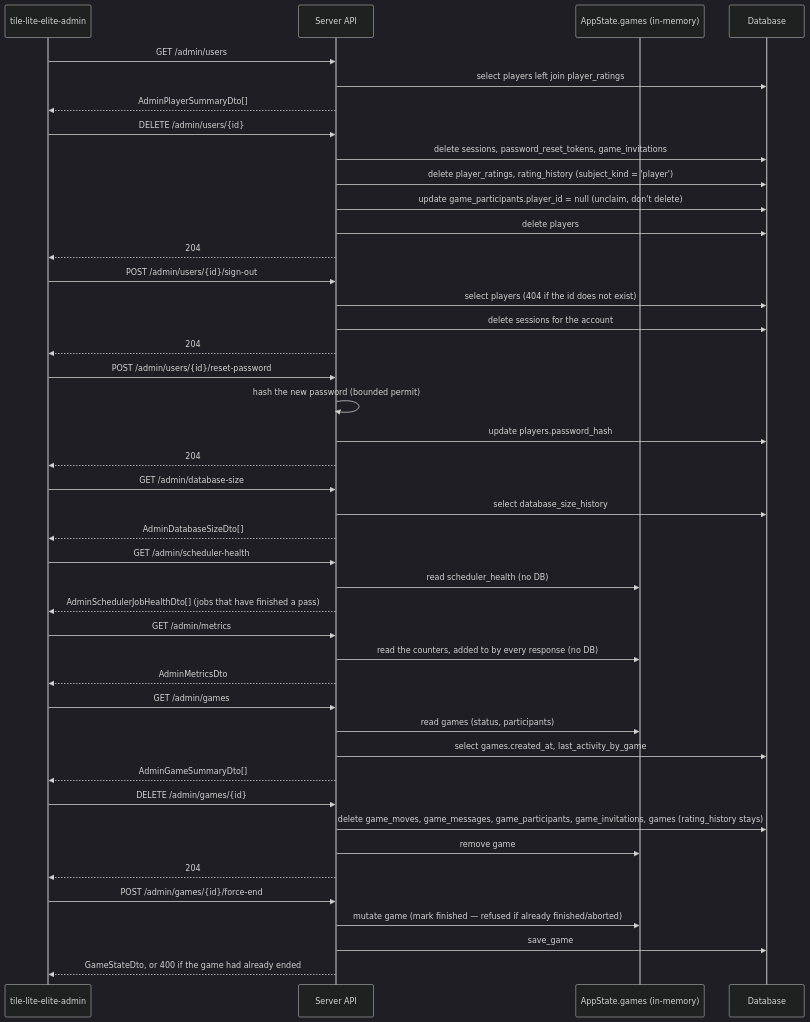
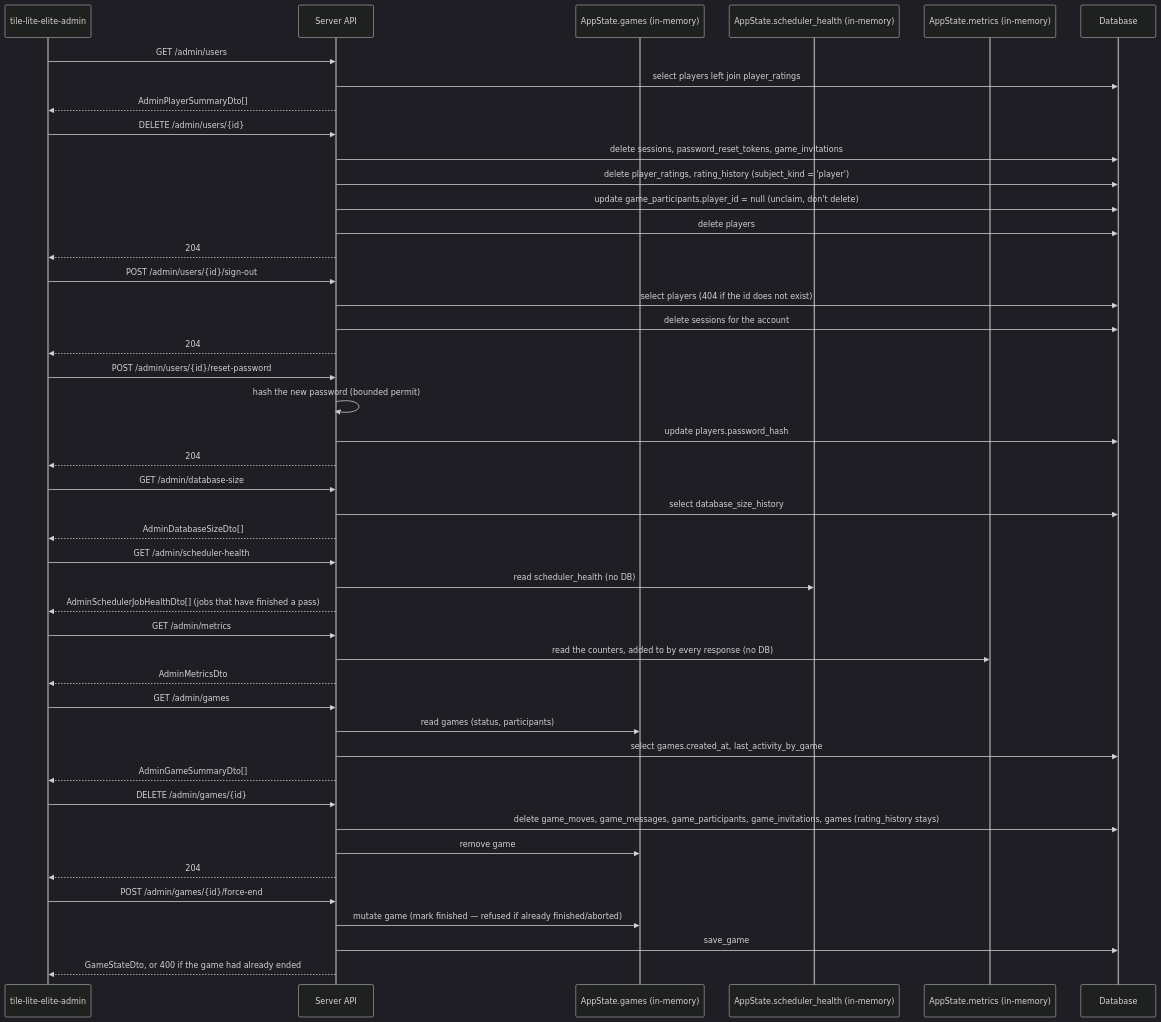
Before and after one commit to delphside/tile-lite-elite: the ninth of 9 diagrams in docs/4.4.3-api-schema.md, drawn with Mermaid (dark theme). The commit also changed other lines of this file and 5 other files, not shown here.

First line of the commit message:
app 0.10.3 api 2.18: symptom counters: the code review's minors

````diff
--- a/docs/4.4.3-api-schema.md
+++ b/docs/4.4.3-api-schema.md
@@ -1298,55 +1304,57 @@
 ```mermaid
 sequenceDiagram
     participant CLI as tile-lite-elite-admin
     participant API as Server API
     participant Mem as AppState.games (in-memory)
+    participant Sched as AppState.scheduler_health (in-memory)
+    participant Met as AppState.metrics (in-memory)
     participant DB as Database
 
     CLI->>API: GET /admin/users
     API->>DB: select players left join player_ratings
     API-->>CLI: AdminPlayerSummaryDto[]
 
     CLI->>API: DELETE /admin/users/{id}
     API->>DB: delete sessions, password_reset_tokens, game_invitations
     API->>DB: delete player_ratings, rating_history (subject_kind = 'player')
     API->>DB: update game_participants.player_id = null (unclaim, don't delete)
     API->>DB: delete players
     API-->>CLI: 204
 
     CLI->>API: POST /admin/users/{id}/sign-out
     API->>DB: select players (404 if the id does not exist)
     API->>DB: delete sessions for the account
     API-->>CLI: 204
 
     CLI->>API: POST /admin/users/{id}/reset-password
     API->>API: hash the new password (bounded permit)
     API->>DB: update players.password_hash
     API-->>CLI: 204
 
     CLI->>API: GET /admin/database-size
     API->>DB: select database_size_history
     API-->>CLI: AdminDatabaseSizeDto[]
 
     CLI->>API: GET /admin/scheduler-health
-    API->>Mem: read scheduler_health (no DB)
+    API->>Sched: read scheduler_health (no DB)
     API-->>CLI: AdminSchedulerJobHealthDto[] (jobs that have finished a pass)
 
     CLI->>API: GET /admin/metrics
-    API->>Mem: read the counters, added to by every response (no DB)
+    API->>Met: read the counters, added to by every response (no DB)
     API-->>CLI: AdminMetricsDto
 
     CLI->>API: GET /admin/games
     API->>Mem: read games (status, participants)
     API->>DB: select games.created_at, last_activity_by_game
     API-->>CLI: AdminGameSummaryDto[]
 
     CLI->>API: DELETE /admin/games/{id}
     API->>DB: delete game_moves, game_messages, game_participants, game_invitations, games (rating_history stays)
     API->>Mem: remove game
     API-->>CLI: 204
 
     CLI->>API: POST /admin/games/{id}/force-end
     API->>Mem: mutate game (mark finished — refused if already finished/aborted)
     API->>DB: save_game
     API-->>CLI: GameStateDto, or 400 if the game had already ended
 ```
````
